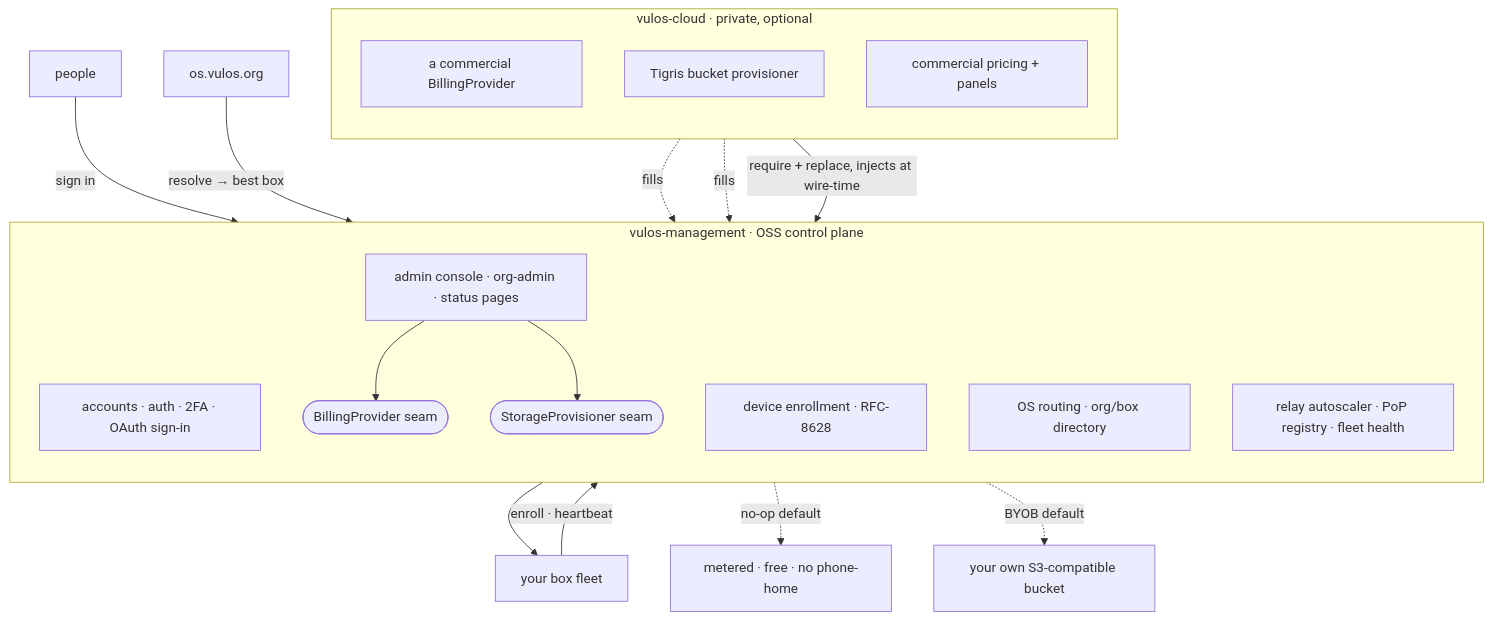
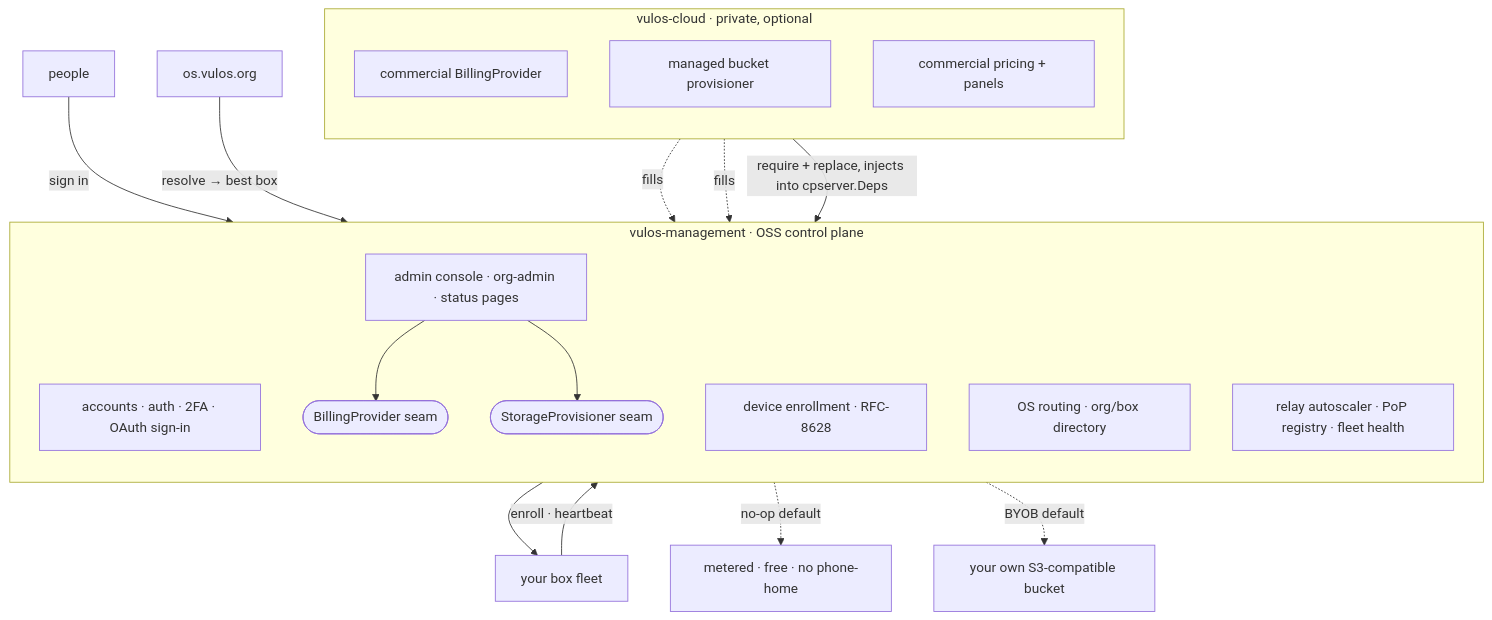
One commit to vul-os/vulos changed the diagram in README.md. Above: the diagram before and after it, drawn with Mermaid. The commit also changed other lines of this file and 2 other files, not shown here.

First line of the commit message:
docs: rewrite README/SELF-HOST/ARCHITECTURE for the extracted code

````diff
--- a/README.md
+++ b/README.md
@@ -83,35 +83,35 @@
 ```mermaid
 flowchart TD
     users["people"] -->|sign in| auth
     boxes["your box fleet"] -->|enroll · heartbeat| enroll
     dns["os.vulos.org"] -->|resolve → best box| routing
 
     subgraph mgmt["vulos-management · OSS control plane"]
         direction TB
         auth["accounts · auth · 2FA · OAuth sign-in"]
         enroll["device enrollment · RFC-8628"]
         routing["OS routing · org/box directory"]
         relay["relay autoscaler · PoP registry · fleet health"]
         admin["admin console · org-admin · status pages"]
         billseam(["BillingProvider seam"])
         storeseam(["StorageProvisioner seam"])
     end
 
     admin --> billseam
     admin --> storeseam
     relay --> boxes
 
     billseam -. no-op default .-> free["metered · free · no phone-home"]
     storeseam -. BYOB default .-> byob["your own S3-compatible bucket"]
 
     subgraph cloud["vulos-cloud · private, optional"]
         direction TB
-        billprovider["a commercial BillingProvider"]
-        tigris["Tigris bucket provisioner"]
+        billprovider["commercial BillingProvider"]
+        bucketprov["managed bucket provisioner"]
         pricing["commercial pricing + panels"]
     end
 
-    cloud -->|require + replace, injects at wire-time| mgmt
+    cloud -->|require + replace, injects into cpserver.Deps| mgmt
     billprovider -.fills.-> billseam
-    tigris -.fills.-> storeseam
+    bucketprov -.fills.-> storeseam
 ```
````
